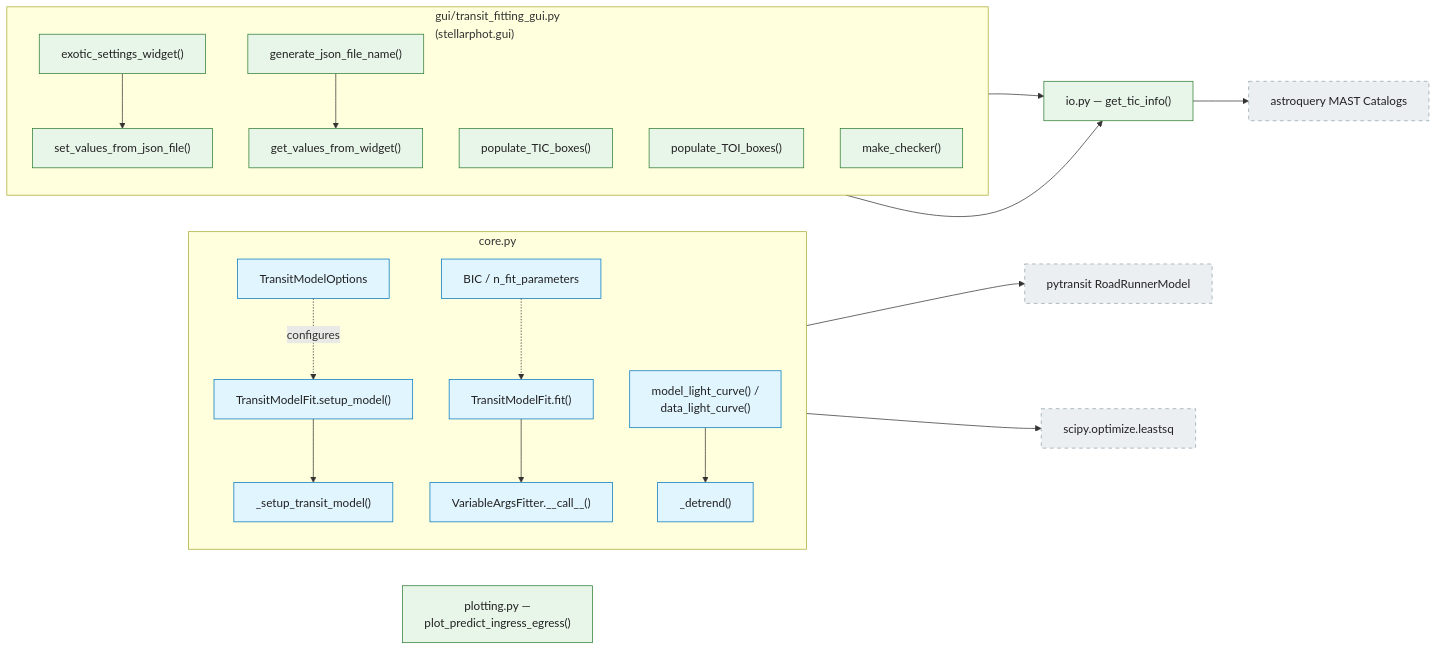
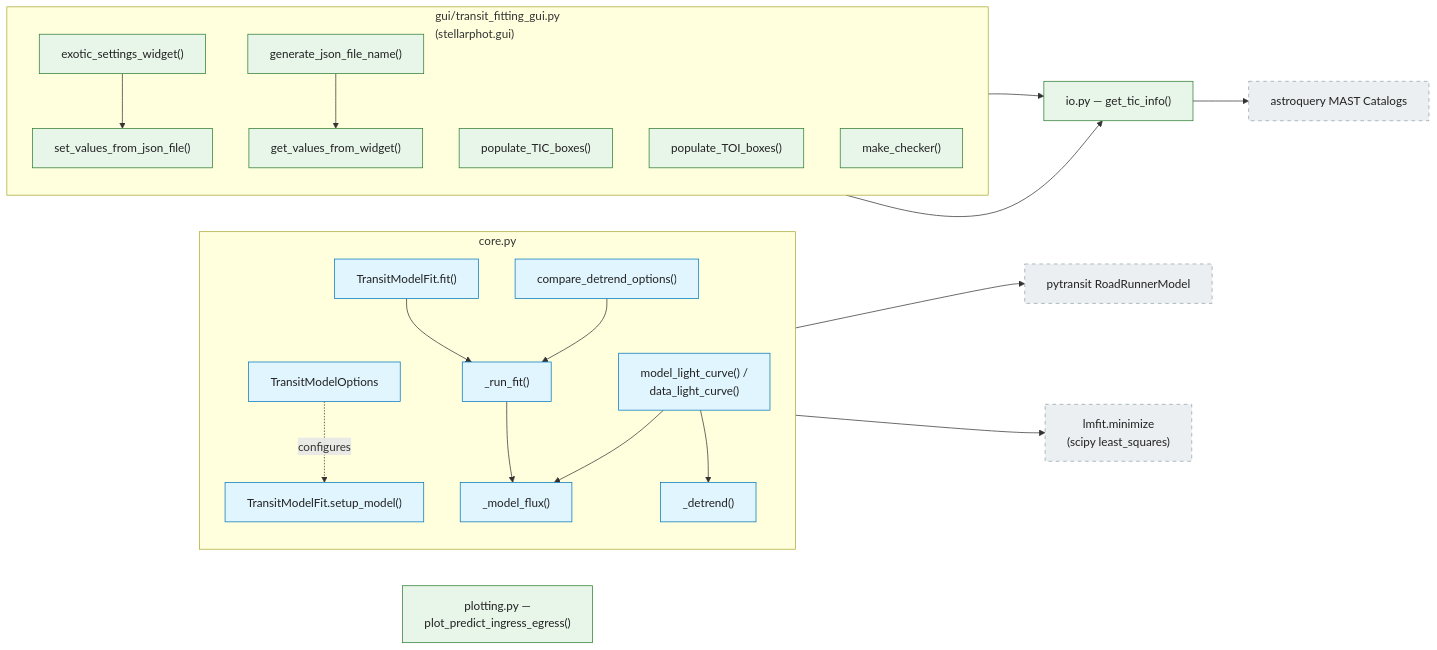
Before and after one commit to feder-observatory/stellarphot: diagram 11 of 16 in docs/diagrams-04-call-graphs.md, drawn with Mermaid. The commit also changed 4 other files, not shown here.

First line of the commit message:
Update notebooks and diagram docs for the lmfit transit-fit interface

````diff
--- a/docs/diagrams-04-call-graphs.md
+++ b/docs/diagrams-04-call-graphs.md
@@ -623,68 +623,69 @@
 ```mermaid
 flowchart LR
     classDef cls fill:#e1f5fe,stroke:#0277bd,color:#212121
     classDef fn fill:#e8f5e9,stroke:#2e7d32,color:#212121
     classDef external fill:#eceff1,stroke:#90a4ae,stroke-dasharray: 5 5,color:#212121
 
     subgraph sg_core["core.py"]
         direction TB
         tmf_setup["TransitModelFit.setup_model()"]:::cls
-        tmf_internal["_setup_transit_model()"]:::cls
+        tmf_flux["_model_flux()"]:::cls
         tmf_fit["TransitModelFit.fit()"]:::cls
         tmf_lc["model_light_curve() /<br/>data_light_curve()"]:::cls
         tmf_detrend["_detrend()"]:::cls
-        tmf_bic["BIC / n_fit_parameters"]:::cls
-        fitter["VariableArgsFitter.__call__()"]:::cls
+        tmf_compare["compare_detrend_options()"]:::cls
+        runfit["_run_fit()"]:::cls
         opts["TransitModelOptions"]:::cls
     end
 
     subgraph sg_gui["gui/transit_fitting_gui.py<br/>(stellarphot.gui)"]
         direction TB
         exotic["exotic_settings_widget()"]:::fn
         pop_tic["populate_TIC_boxes()"]:::fn
         pop_toi["populate_TOI_boxes()"]:::fn
         checker["make_checker()"]:::fn
         getvals["get_values_from_widget()"]:::fn
         genjson["generate_json_file_name()"]:::fn
         setjson["set_values_from_json_file()"]:::fn
     end
 
     gettic["io.py — get_tic_info()"]:::fn
     ingress["plotting.py —<br/>plot_predict_ingress_egress()"]:::fn
 
     batman["pytransit RoadRunnerModel"]:::external
-    leastsq["scipy.optimize.leastsq"]:::external
+    leastsq["lmfit.minimize<br/>(scipy least_squares)"]:::external
     mast["astroquery MAST Catalogs"]:::external
 
-    tmf_setup --> tmf_internal
-    tmf_internal --> batman
-    tmf_fit --> fitter
-    fitter --> leastsq
+    tmf_fit --> runfit
+    runfit --> leastsq
+    runfit --> tmf_flux
+    tmf_flux --> batman
+    tmf_lc --> tmf_flux
     tmf_lc --> tmf_detrend
-    tmf_bic -.-> tmf_fit
+    tmf_compare --> runfit
     opts -.->|"configures"| tmf_setup
 
     checker --> gettic
     pop_tic --> gettic
     exotic --> setjson
     genjson --> getvals
     gettic --> mast
 
     click tmf_setup href "../stellarphot/transit_fitting/core.py" "transit_fitting/core.py"
-    click tmf_internal href "../stellarphot/transit_fitting/core.py" "transit_fitting/core.py"
+    click tmf_flux href "../stellarphot/transit_fitting/core.py" "transit_fitting/core.py"
     click tmf_fit href "../stellarphot/transit_fitting/core.py" "transit_fitting/core.py"
     click tmf_lc href "../stellarphot/transit_fitting/core.py" "transit_fitting/core.py"
     click tmf_detrend href "../stellarphot/transit_fitting/core.py" "transit_fitting/core.py"
-    click tmf_bic href "../stellarphot/transit_fitting/core.py" "transit_fitting/core.py"
-    click fitter href "../stellarphot/transit_fitting/core.py" "transit_fitting/core.py"
+    click tmf_compare href "../stellarphot/transit_fitting/core.py" "transit_fitting/core.py"
+    click runfit href "../stellarphot/transit_fitting/core.py" "transit_fitting/core.py"
     click opts href "../stellarphot/transit_fitting/core.py" "transit_fitting/core.py"
     click exotic href "../stellarphot/gui/transit_fitting_gui.py" "gui/transit_fitting_gui.py"
     click pop_tic href "../stellarphot/gui/transit_fitting_gui.py" "gui/transit_fitting_gui.py"
     click pop_toi href "../stellarphot/gui/transit_fitting_gui.py" "gui/transit_fitting_gui.py"
     click checker href "../stellarphot/gui/transit_fitting_gui.py" "gui/transit_fitting_gui.py"
     click getvals href "../stellarphot/gui/transit_fitting_gui.py" "gui/transit_fitting_gui.py"
     click genjson href "../stellarphot/gui/transit_fitting_gui.py" "gui/transit_fitting_gui.py"
     click setjson href "../stellarphot/gui/transit_fitting_gui.py" "gui/transit_fitting_gui.py"
     click gettic href "../stellarphot/transit_fitting/io.py" "transit_fitting/io.py"
     click ingress href "../stellarphot/transit_fitting/plotting.py" "transit_fitting/plotting.py"
 ```
````
